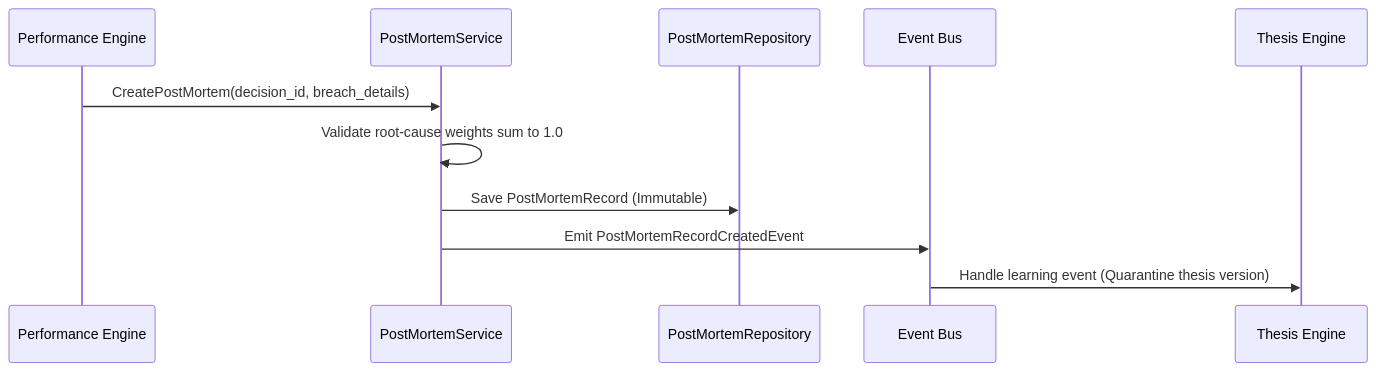
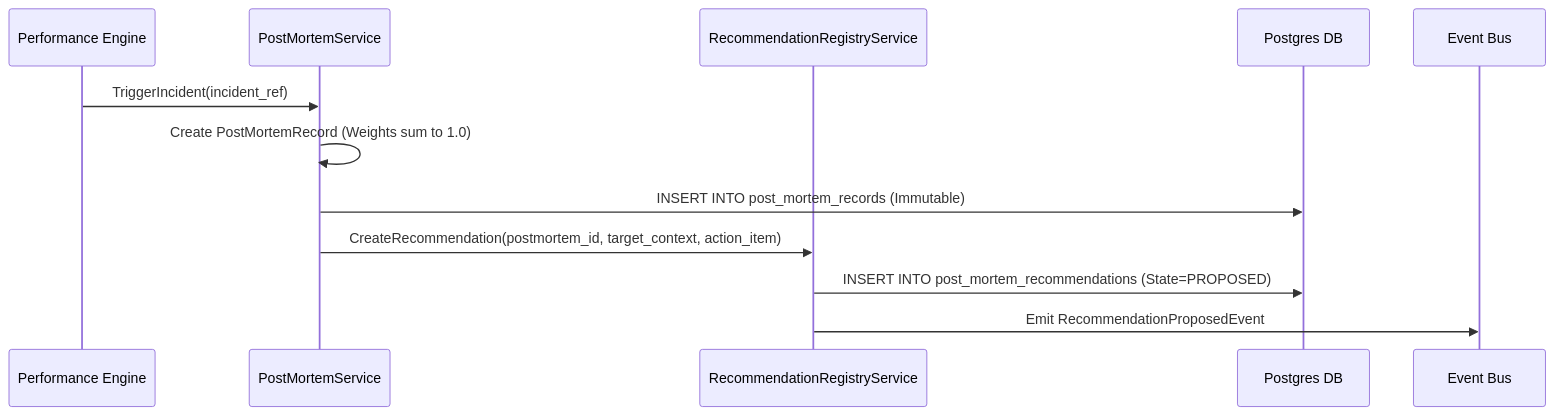
One commit to skeithnight/karsa changed the second of 3 diagrams in docs/architecture/19-post-mortem-engine.md. Above: the diagram before and after it, drawn with Mermaid. The commit also changed other lines of this file and 20 other files, not shown here.

First line of the commit message:
Add comprehensive tests for post-mortem and recommendation functionalities

````diff
--- a/docs/architecture/19-post-mortem-engine.md
+++ b/docs/architecture/19-post-mortem-engine.md
@@ -203,14 +220,15 @@
 ```mermaid
 sequenceDiagram
     participant PE as Performance Engine
     participant PMS as PostMortemService
-    participant JR as PostMortemRepository
+    participant RRS as RecommendationRegistryService
+    participant DB as Postgres DB
     participant Bus as Event Bus
-    participant TE as Thesis Engine
     
-    PE->>PMS: CreatePostMortem(decision_id, breach_details)
-    PMS->>PMS: Validate root-cause weights sum to 1.0
-    PMS->>JR: Save PostMortemRecord (Immutable)
-    PMS->>Bus: Emit PostMortemRecordCreatedEvent
-    Bus->>TE: Handle learning event (Quarantine thesis version)
+    PE->>PMS: TriggerIncident(incident_ref)
+    PMS->>PMS: Create PostMortemRecord (Weights sum to 1.0)
+    PMS->>DB: INSERT INTO post_mortem_records (Immutable)
+    PMS->>RRS: CreateRecommendation(postmortem_id, target_context, action_item)
+    RRS->>DB: INSERT INTO post_mortem_recommendations (State=PROPOSED)
+    RRS->>Bus: Emit RecommendationProposedEvent
 ```
````
